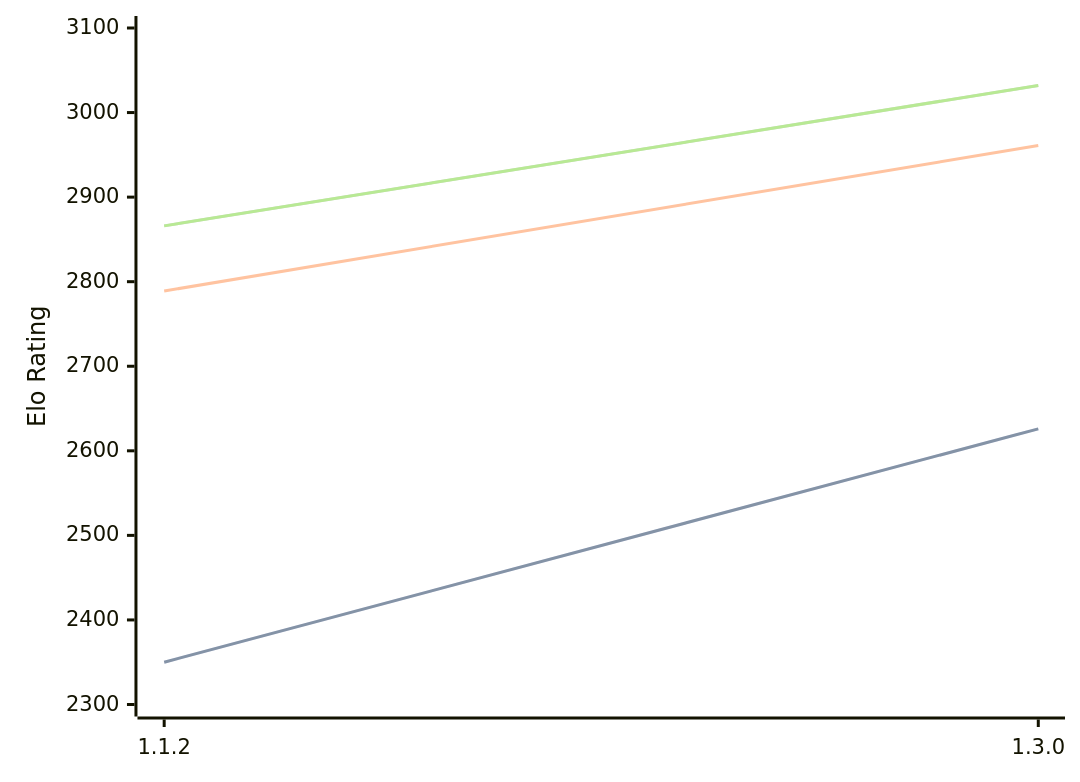
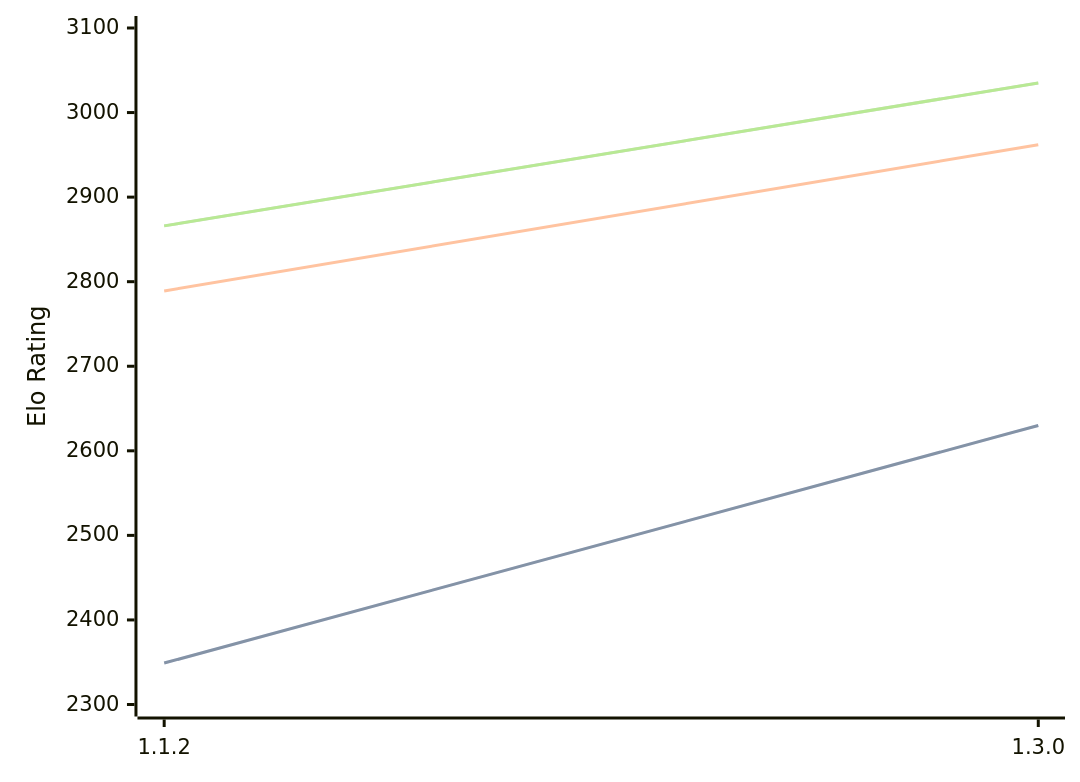
The diagram in engines/Ember.md (computer-chess-index/cci), drawn with Mermaid before and after one commit. The commit also changed other lines of this file, not shown here.

Commit message:
Update CCI Ratings (ELO VLTC) - 2026-09-09

````diff
--- a/engines/Ember.md
+++ b/engines/Ember.md
@@ -41,11 +41,11 @@
 ```mermaid
 %%{init: {"theme":"base","themeVariables":{"seriesColors:['#a3a3a3','#222221','#faa371']}}}%%
 xychart-beta
   x-axis ["1.1.2", "1.3.0"]
   y-axis "Elo Rating" 2300 --> 3100
-  line "" [2350, 2626]
-  line "STC (8.0+0.08s)" [2350, 2626]
-  line "LTC (60.0+0.60s)" [2789, 2961]
-  line "" [2866, 3032]
-  line "VLTC (2m24s+1.12s)" [2866, 3032]
+  line "" [2349, 2630]
+  line "STC (8.0+0.08s)" [2349, 2630]
+  line "LTC (60.0+0.60s)" [2789, 2962]
+  line "" [2866, 3035]
+  line "VLTC (2m24s+1.12s)" [2866, 3035]
 ```
````
